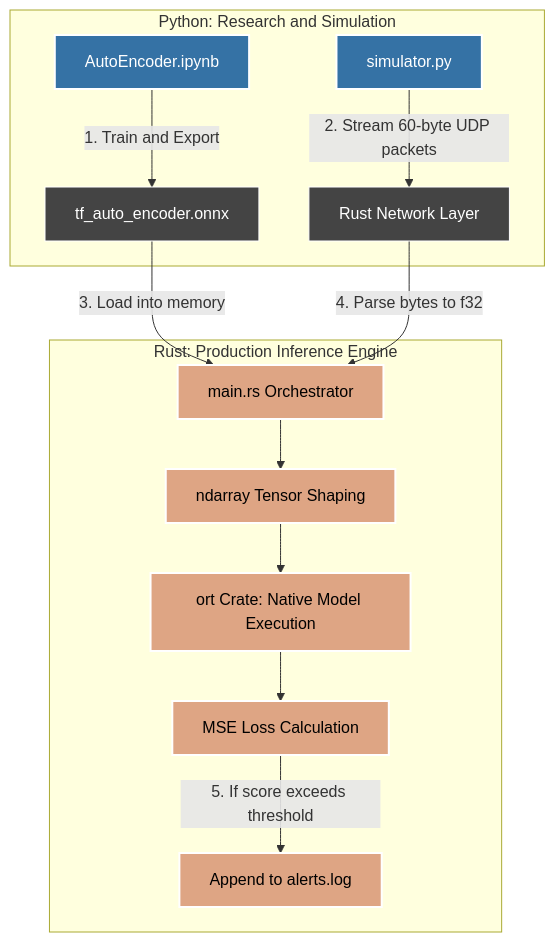
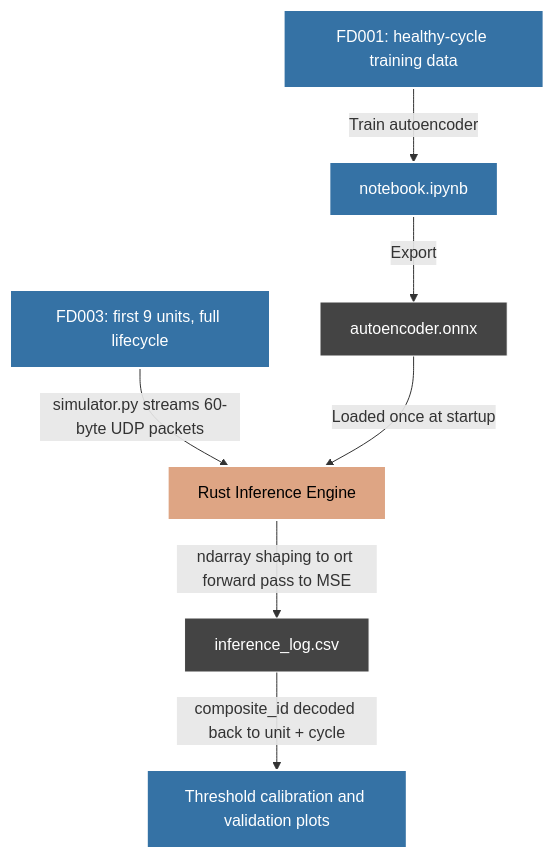
The diagram in Readme.md (ShivaramHR/telemetry-anomaly-detector), drawn with Mermaid before and after one commit. The commit also changed other lines of this file and 2 other files, not shown here.

````diff
--- a/Readme.md
+++ b/Readme.md
@@ -21,25 +9,17 @@
 ```mermaid
 graph TD
-    %% Styling
     classDef python fill:#3572A5,stroke:#fff,stroke-width:2px,color:#fff;
     classDef rust fill:#DEA584,stroke:#fff,stroke-width:2px,color:#000;
     classDef file fill:#444,stroke:#fff,stroke-width:1px,color:#fff;
 
-    subgraph Python_Side [Python: Research and Simulation]
-        A[AutoEncoder.ipynb] -->|1. Train and Export| B[tf_auto_encoder.onnx]
-        C[simulator.py] -->|2. Stream 60-byte UDP packets| D[Rust Network Layer]
-    end
+    A[FD001: healthy-cycle training data] -->|Train autoencoder| B[notebook.ipynb]
+    B -->|Export| C[autoencoder.onnx]
+    D[FD003: first 9 units, full lifecycle] -->|simulator.py streams 60-byte UDP packets| E[Rust Inference Engine]
+    C -->|Loaded once at startup| E
+    E -->|ndarray shaping to ort forward pass to MSE| F[inference_log.csv]
+    F -->|composite_id decoded back to unit + cycle| G[Threshold calibration and validation plots]
 
-    subgraph Rust_Side [Rust: Production Inference Engine]
-        B -->|3. Load into memory| E[main.rs Orchestrator]
-        D -->|4. Parse bytes to f32| E
-        E --> F[ndarray Tensor Shaping]
-        F --> G[ort Crate: Native Model Execution]
-        G --> H[MSE Loss Calculation]
-        H -->|5. If score exceeds threshold| I[Append to alerts.log]
-    end
-
-    class A,C python;
-    class E,F,G,H,I rust;
-    class B,D file;
+    class A,B,D,G python;
+    class E rust;
+    class C,F file;
 ```
````
